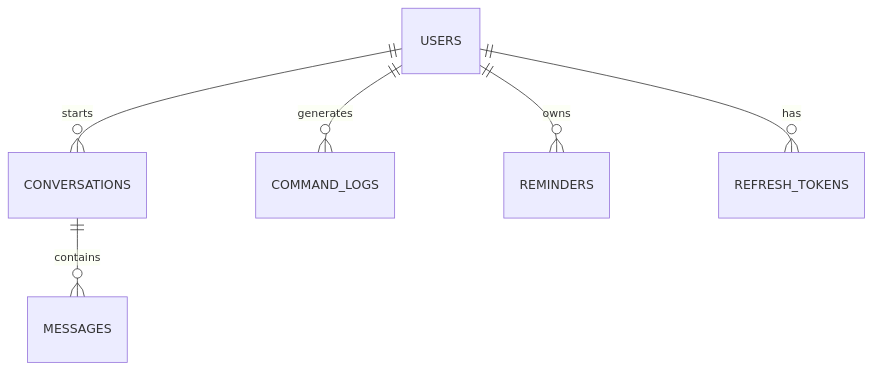
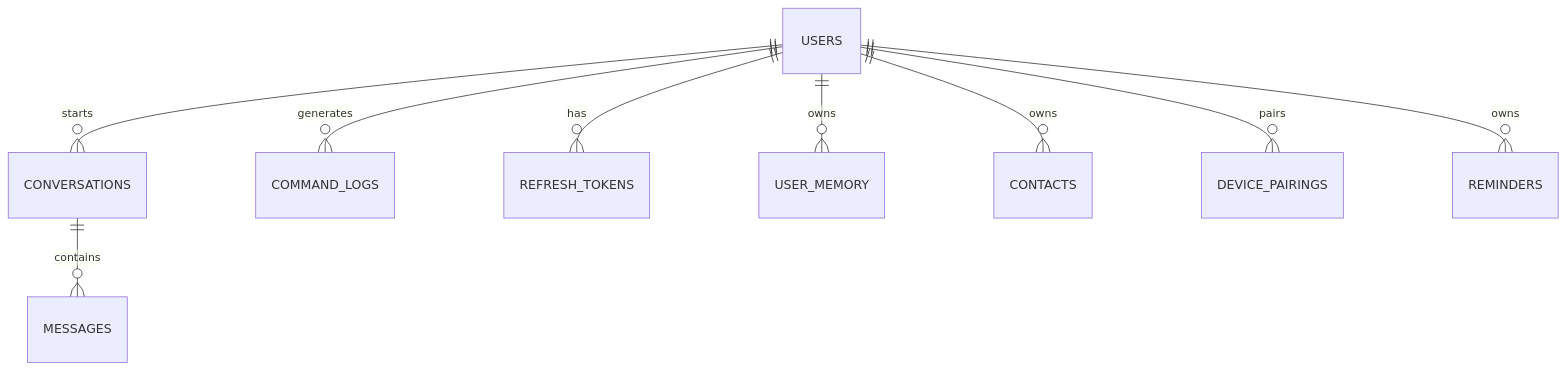
One commit to Dhairya2112/SETU changed the diagram in docs/DATABASE_SCHEMA.md. Above: the diagram before and after it, drawn with Mermaid. The commit also changed other lines of this file and 59 other files, not shown here.

````diff
--- a/docs/DATABASE_SCHEMA.md
+++ b/docs/DATABASE_SCHEMA.md
@@ -13,8 +10,11 @@
 ```mermaid
 erDiagram
     USERS ||--o{ CONVERSATIONS : "starts"
     USERS ||--o{ COMMAND_LOGS : "generates"
+    USERS ||--o{ REFRESH_TOKENS : "has"
+    USERS ||--o{ USER_MEMORY : "owns"
+    USERS ||--o{ CONTACTS : "owns"
+    USERS ||--o{ DEVICE_PAIRINGS : "pairs"
     USERS ||--o{ REMINDERS : "owns"
-    USERS ||--o{ REFRESH_TOKENS : "has"
     CONVERSATIONS ||--o{ MESSAGES : "contains"
 ```
````
